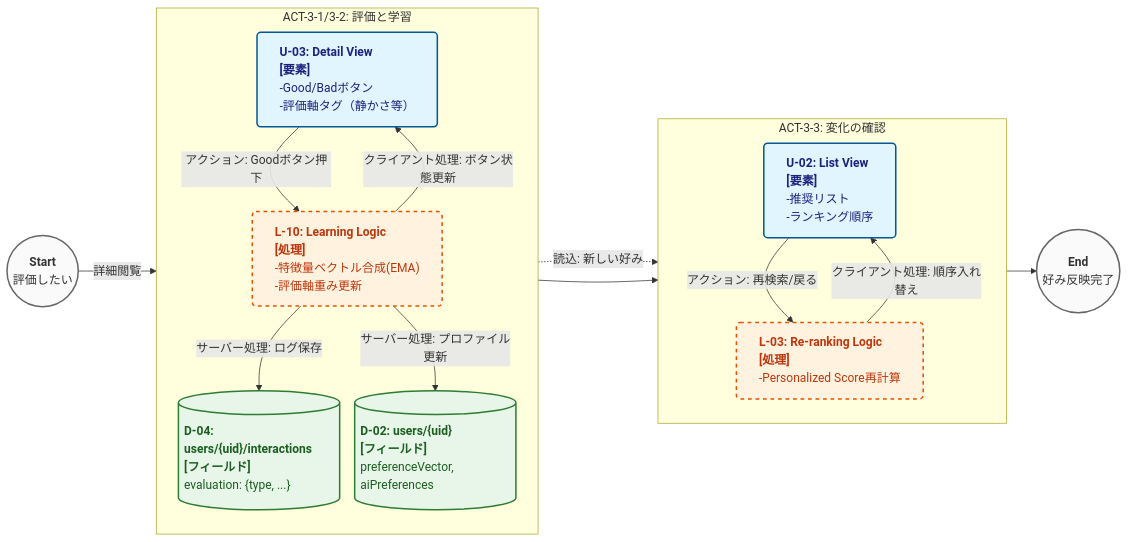
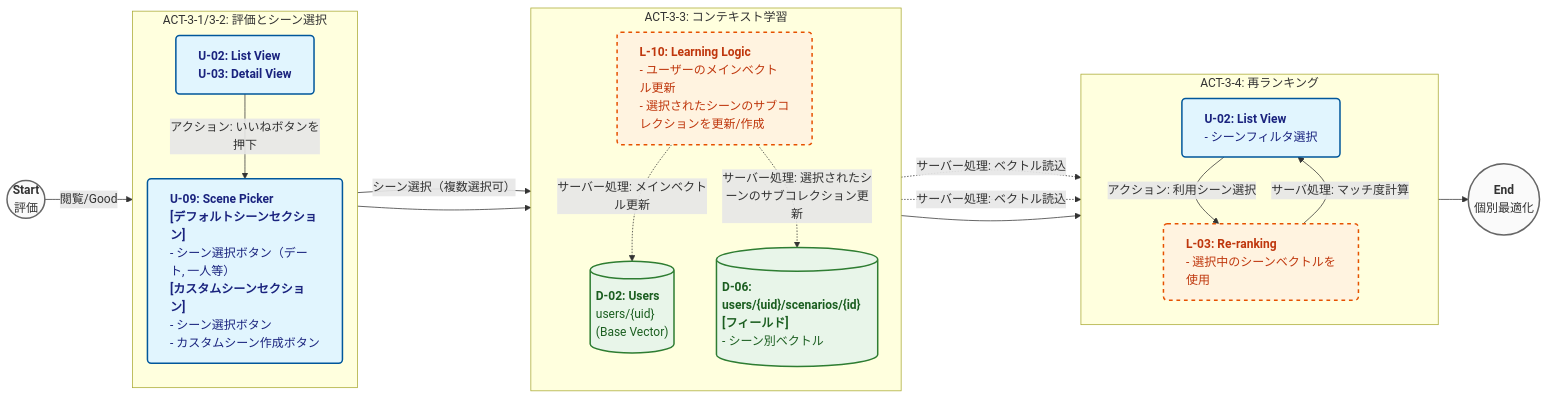
The third of 7 diagrams in docs/仕様書v2.md (plplbody/googlemap-reviews-AIanalyzer), drawn with Mermaid before and after one commit. The commit also changed other lines of this file and 7 other files, not shown here.

````diff
--- a/docs/仕様書v2.md
+++ b/docs/仕様書v2.md
@@ -406,40 +414,49 @@
 ```mermaid
 %%{init: {'flowchart': {'useMaxWidth': false, 'rankSpacing': 40, 'nodeSpacing': 20}}}%%
 flowchart LR
     %% Definitions
     classDef ui fill:#e1f5fe,stroke:#01579b,stroke-width:2px,rx:5,ry:5,color:#1a237e,text-align:left
     classDef logic fill:#fff3e0,stroke:#e65100,stroke-width:2px,stroke-dasharray: 5 5,rx:5,ry:5,color:#bf360c,text-align:left
     classDef db fill:#e8f5e9,stroke:#2e7d32,stroke-width:2px,rx:0,ry:0,color:#1b5e20,text-align:left
     classDef startend fill:#fafafa,stroke:#666,stroke-width:2px,rx:20,ry:20,color:#333
 
     %% Start/End
-    S3_Start(("<b>Start</b><br/>評価したい")):::startend
-    S3_End(("<b>End</b><br/>好み反映完了")):::startend
+    S3_Start(("<b>Start</b><br/>評価")):::startend
+    S3_End(("<b>End</b><br/>個別最適化")):::startend
 
-    subgraph ACT_3_1 ["ACT-3-1/3-2: 評価と学習"]
+    subgraph ACT_3_1 ["ACT-3-1/3-2: 評価とシーン選択"]
         direction TB
-        U_03_S3["<b>U-03: Detail View</b><br/><b>[要素]</b><br/>-Good/Badボタン<br/>-評価軸タグ（静かさ等）"]:::ui
-        L_10["<b>L-10: Learning Logic</b><br/><b>[処理]</b><br/>-特徴量ベクトル合成(EMA)<br/>-評価軸重み更新"]:::logic
-        D_04_S3[("<b>D-04: users/{uid}/interactions</b><br/><b>[フィールド]</b><br/>evaluation: {type, ...}")]:::db
-        D_02_S3[("<b>D-02: users/{uid}</b><br/><b>[フィールド]</b><br/>preferenceVector, aiPreferences")]:::db
-
-        U_03_S3 -- "アクション: Goodボタン押下" --> L_10
-        L_10 -- "サーバー処理: ログ保存" --> D_04_S3
-        L_10 -- "サーバー処理: プロファイル更新" --> D_02_S3
-        L_10 -- "クライアント処理: ボタン状態更新" --> U_03_S3
+        U_02["<b>U-02: List View</b><br/><b>U-03: Detail View</b>"]:::ui
+        U_09["<b>U-09: Scene Picker</b><br/><b>[デフォルトシーンセクション]</b><br/>- シーン選択ボタン（デート, 一人等）<br/><b>[カスタムシーンセクション]</b><br/>- シーン選択ボタン<br/>- カスタムシーン作成ボタン"]:::ui
+        
+        U_02 -- "アクション: いいねボタンを押下" --> U_09
     end
 
-    subgraph ACT_3_3 ["ACT-3-3: 変化の確認"]
+    subgraph ACT_3_3 ["ACT-3-3: コンテキスト学習"]
         direction TB
-        U_02_S3["<b>U-02: List View</b><br/><b>[要素]</b><br/>-推奨リスト<br/>-ランキング順序"]:::ui
-        L_03_S3["<b>L-03: Re-ranking Logic</b><br/><b>[処理]</b><br/>-Personalized Score再計算"]:::logic
+        L_10["<b>L-10: Learning Logic</b><br/>- ユーザーのメインベクトル更新<br/>- 選択されたシーンのサブコレクションを更新/作成"]:::logic
         
-        D_02_S3 -. "読込: 新しい好み" .-> L_03_S3
-        U_02_S3 -- "アクション: 再検索/戻る" --> L_03_S3
-        L_03_S3 -- "クライアント処理: 順序入れ替え" --> U_02_S3
+        D_02[("<b>D-02: Users</b><br/>users/{uid}<br/>(Base Vector)")]:::db
+        D_06[("<b>D-06: users/{uid}/scenarios/{id}</b><br/><b>[フィールド]</b><br/>- シーン別ベクトル")]:::db
+
+        U_09 -- "シーン選択（複数選択可）" --> L_10
+        L_10 -. "サーバー処理: メインベクトル更新" .-> D_02
+        L_10 -. "サーバー処理: 選択されたシーンのサブコレクション更新" .-> D_06
     end
 
-    S3_Start -- "詳細閲覧" --> ACT_3_1
+    subgraph ACT_3_4 ["ACT-3-4: 再ランキング"]
+        direction TB
+        U_List["<b>U-02: List View</b><br/>- シーンフィルタ選択"]:::ui
+        L_Rank["<b>L-03: Re-ranking</b><br/>- 選択中のシーンベクトルを使用"]:::logic
+
+        U_List -- "アクション: 利用シーン選択" --> L_Rank
+        D_06 -. "サーバー処理: ベクトル読込" .-> L_Rank
+        D_02 -. "サーバー処理: ベクトル読込" .-> L_Rank
+        L_Rank --"サーバ処理: マッチ度計算"--> U_List
+    end
+
+    S3_Start -- "閲覧/Good" --> ACT_3_1
     ACT_3_1 --> ACT_3_3
-    ACT_3_3 --> S3_End
+    ACT_3_3 --> ACT_3_4
+    ACT_3_4 --> S3_End
 ```
````
